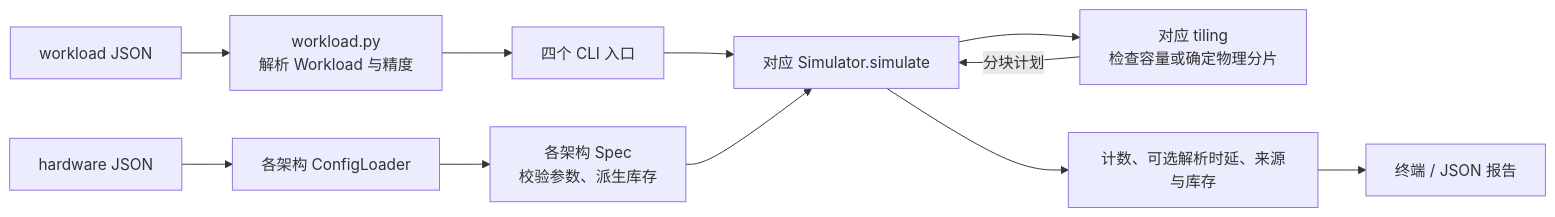
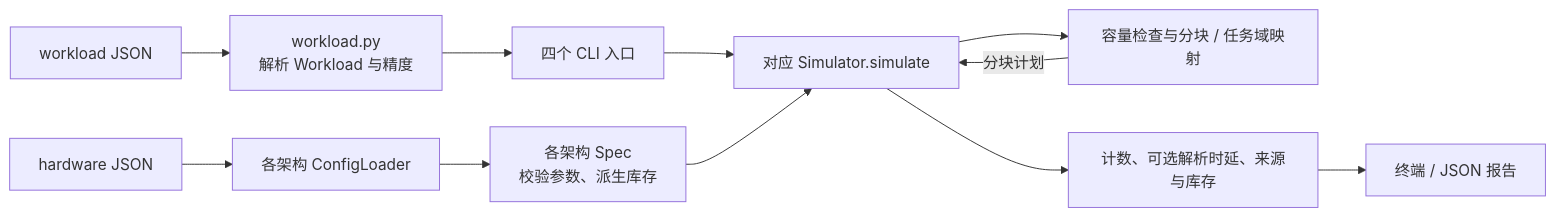
The first of 2 diagrams in ARCHITECTURE.md (pku-pacific-lab-team/huawei_dfp), drawn with Mermaid before and after one commit. The commit also changed other lines of this file and 113 other files, not shown here.

````diff
--- a/ARCHITECTURE.md
+++ b/ARCHITECTURE.md
@@ -24,13 +25,13 @@
 ```mermaid
 flowchart LR
     W["workload JSON"] --> P["workload.py<br/>解析 Workload 与精度"]
     P --> E["四个 CLI 入口"]
     H["hardware JSON"] --> L["各架构 ConfigLoader"]
     L --> S["各架构 Spec<br/>校验参数、派生库存"]
     E --> X["对应 Simulator.simulate"]
     S --> X
-    X --> T["对应 tiling<br/>检查容量或确定物理分片"]
+    X --> T["容量检查与分块 / 任务域映射"]
     T -->|分块计划| X
     X --> R["计数、可选解析时延、来源与库存"]
     R --> O["终端 / JSON 报告"]
 ```
````
